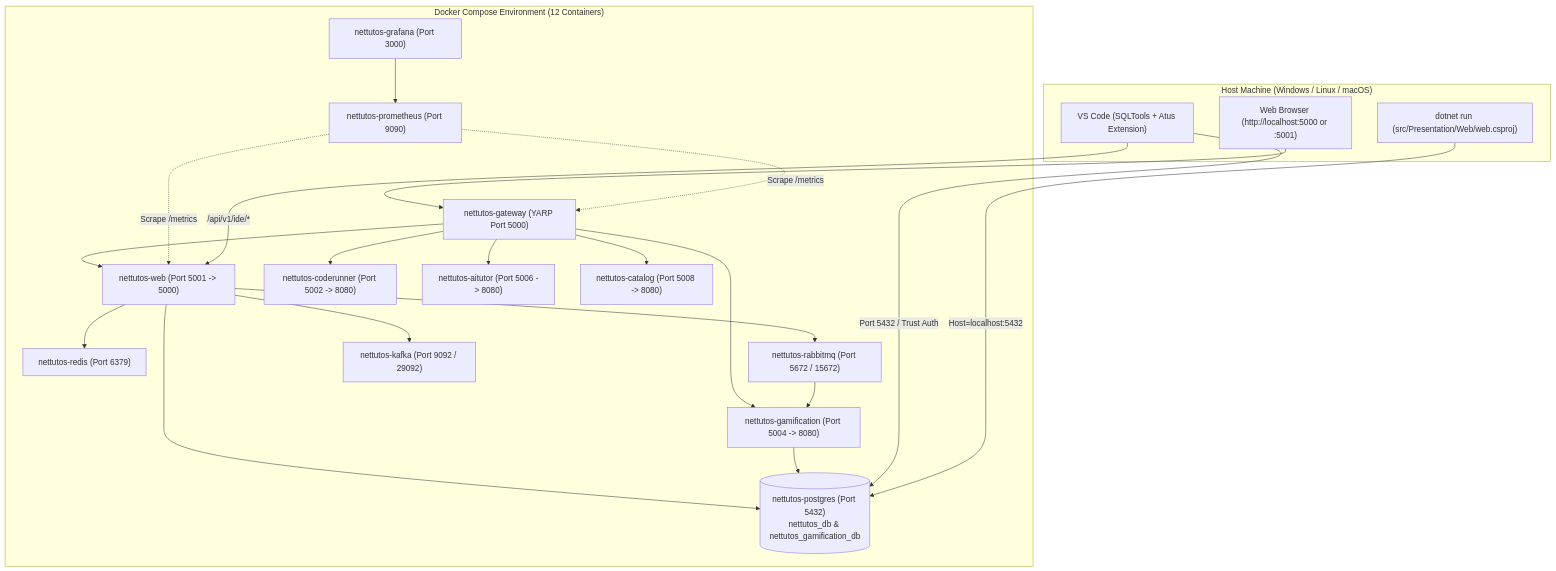
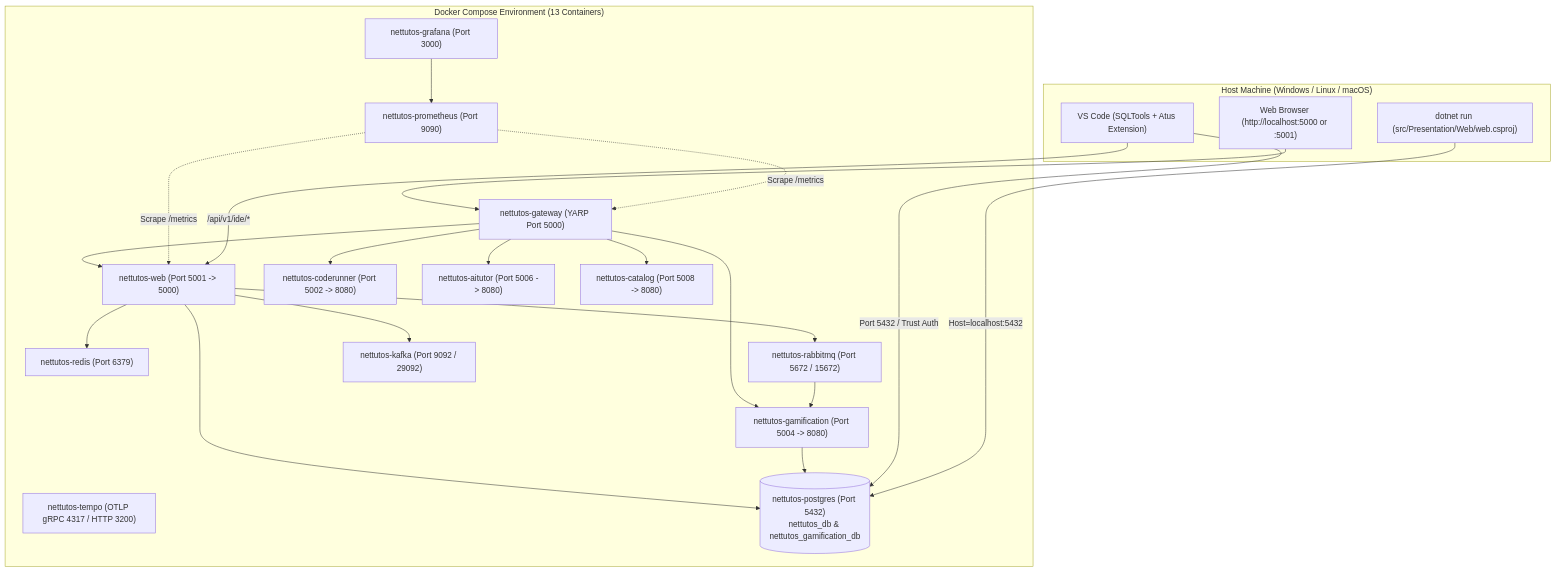
One commit to KaitoDeus/NET-Tutos changed the diagram in docs/07_docker_and_database_setup.md. Above: the diagram before and after it, drawn with Mermaid. The commit also changed other lines of this file and 6 other files, not shown here.

Commit message:
docs: synchronize architecture, roadmap, and 241-test suite docs for Phases 23-26

````diff
--- a/docs/07_docker_and_database_setup.md
+++ b/docs/07_docker_and_database_setup.md
@@ -17,42 +17,43 @@
 ```mermaid
 graph TD
     subgraph HostMachine ["Host Machine (Windows / Linux / macOS)"]
         VSCode["VS Code (SQLTools + Atus Extension)"]
         DotnetLocal["dotnet run (src/Presentation/Web/web.csproj)"]
         Browser["Web Browser (http://localhost:5000 or :5001)"]
     end
 
-    subgraph DockerCompose ["Docker Compose Environment (12 Containers)"]
+    subgraph DockerCompose ["Docker Compose Environment (13 Containers)"]
         Gateway["nettutos-gateway (YARP Port 5000)"]
         WebApp["nettutos-web (Port 5001 -> 5000)"]
         CodeRunner["nettutos-coderunner (Port 5002 -> 8080)"]
         Gamification["nettutos-gamification (Port 5004 -> 8080)"]
         AiTutor["nettutos-aitutor (Port 5006 -> 8080)"]
         Catalog["nettutos-catalog (Port 5008 -> 8080)"]
         Redis["nettutos-redis (Port 6379)"]
         RabbitMQ["nettutos-rabbitmq (Port 5672 / 15672)"]
         Kafka["nettutos-kafka (Port 9092 / 29092)"]
         Prometheus["nettutos-prometheus (Port 9090)"]
+        Tempo["nettutos-tempo (OTLP gRPC 4317 / HTTP 3200)"]
         Grafana["nettutos-grafana (Port 3000)"]
         PostgresDB[("nettutos-postgres (Port 5432)\nnettutos_db & nettutos_gamification_db")]
     end
 
     Browser --> Gateway
     Gateway --> WebApp
     Gateway --> CodeRunner
     Gateway --> Gamification
     Gateway --> AiTutor
     Gateway --> Catalog
     WebApp --> Redis
     WebApp --> RabbitMQ
     RabbitMQ --> Gamification
     WebApp --> Kafka
     WebApp --> PostgresDB
     Gamification --> PostgresDB
     Prometheus -. "Scrape /metrics" .-> WebApp
     Prometheus -. "Scrape /metrics" .-> Gateway
     Grafana --> Prometheus
     VSCode -->|Port 5432 / Trust Auth| PostgresDB
     VSCode -->|"/api/v1/ide/*"| WebApp
     DotnetLocal -->|Host=localhost:5432| PostgresDB
 ```
````
